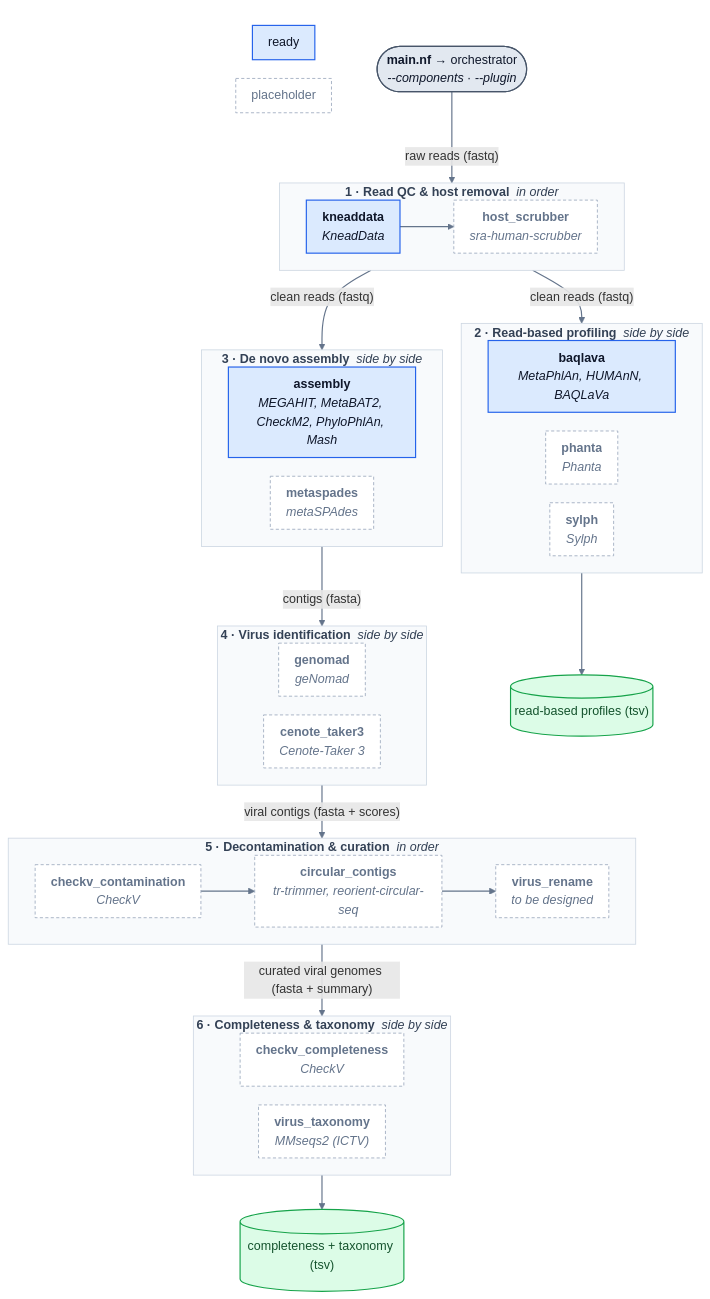
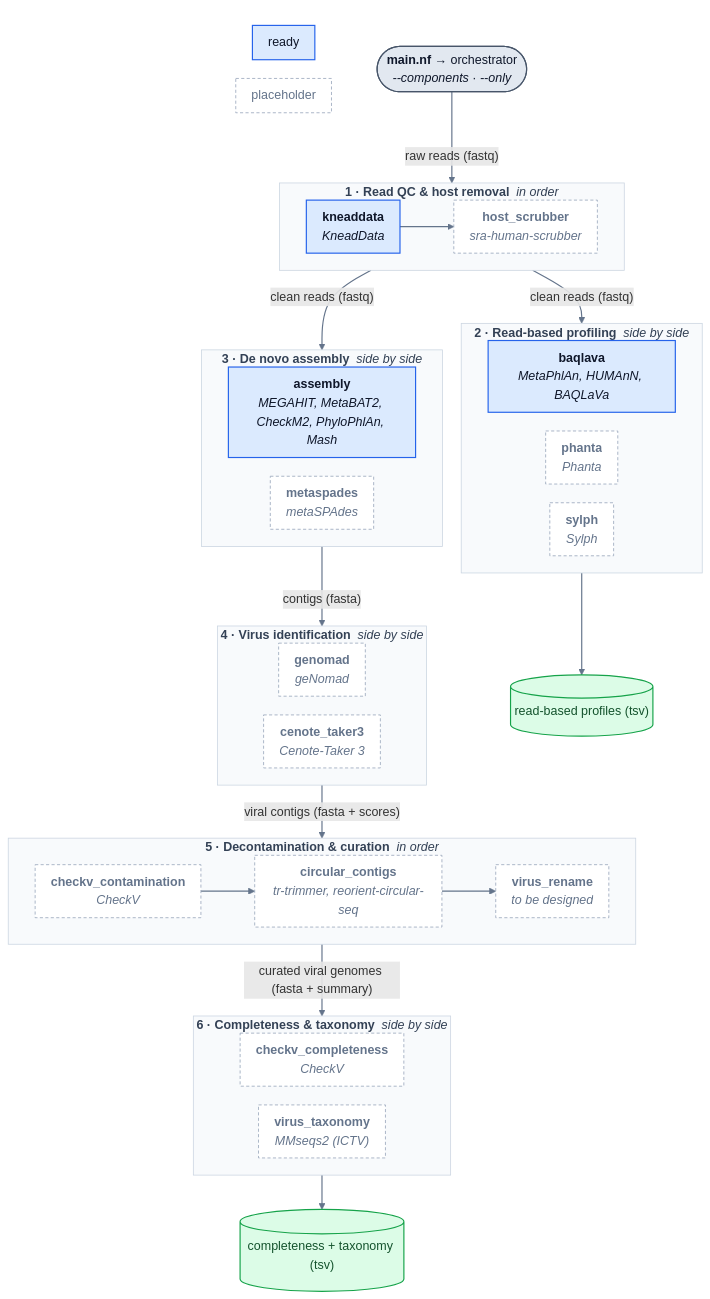
The diagram in README.md (biobakery/HVP-nextflow), drawn with Mermaid before and after one commit. The commit also changed other lines of this file and 37 other files, not shown here.

````diff
--- a/README.md
+++ b/README.md
@@ -17,70 +17,70 @@
 ```mermaid
 %%{init: {"flowchart": {"curve": "basis", "nodeSpacing": 24, "rankSpacing": 44, "padding": 10}}}%%
 flowchart TB
-    entry(["<b>main.nf</b> → orchestrator<br/><i>--components</i> · <i>--plugin</i>"])
+    entry(["<b>main.nf</b> → orchestrator<br/><i>--components</i> · <i>--only</i>"])
     subgraph st_preprocess["<b>1 · Read QC & host removal</b> &nbsp;<i>in order</i>"]
         direction LR
         kneaddata["<b>kneaddata</b><br/><i>KneadData</i>"]
         host_scrubber["<b>host_scrubber</b><br/><i>sra-human-scrubber</i>"]
         kneaddata --> host_scrubber
     end
     subgraph st_read_profiling["<b>2 · Read-based profiling</b> &nbsp;<i>side by side</i>"]
         direction LR
         baqlava["<b>baqlava</b><br/><i>MetaPhlAn, HUMAnN, BAQLaVa</i>"]
         phanta["<b>phanta</b><br/><i>Phanta</i>"]
         sylph["<b>sylph</b><br/><i>Sylph</i>"]
     end
     subgraph st_assembly["<b>3 · De novo assembly</b> &nbsp;<i>side by side</i>"]
         direction LR
         assembly["<b>assembly</b><br/><i>MEGAHIT, MetaBAT2, CheckM2, PhyloPhlAn, Mash</i>"]
         metaspades["<b>metaspades</b><br/><i>metaSPAdes</i>"]
     end
     subgraph st_virus_identification["<b>4 · Virus identification</b> &nbsp;<i>side by side</i>"]
         direction LR
         genomad["<b>genomad</b><br/><i>geNomad</i>"]
         cenote_taker3["<b>cenote_taker3</b><br/><i>Cenote-Taker 3</i>"]
     end
     subgraph st_virus_curation["<b>5 · Decontamination & curation</b> &nbsp;<i>in order</i>"]
         direction LR
         checkv_contamination["<b>checkv_contamination</b><br/><i>CheckV</i>"]
         circular_contigs["<b>circular_contigs</b><br/><i>tr-trimmer, reorient-circular-seq</i>"]
         virus_rename["<b>virus_rename</b><br/><i>to be designed</i>"]
         checkv_contamination --> circular_contigs
         circular_contigs --> virus_rename
     end
     subgraph st_characterisation["<b>6 · Completeness & taxonomy</b> &nbsp;<i>side by side</i>"]
         direction LR
         checkv_completeness["<b>checkv_completeness</b><br/><i>CheckV</i>"]
         virus_taxonomy["<b>virus_taxonomy</b><br/><i>MMseqs2 (ICTV)</i>"]
     end
     entry -- "raw reads (fastq)" --> st_preprocess
     st_preprocess -- "clean reads (fastq)" --> st_read_profiling
     st_preprocess -- "clean reads (fastq)" --> st_assembly
     st_assembly -- "contigs (fasta)" --> st_virus_identification
     st_virus_identification -- "viral contigs (fasta + scores)" --> st_virus_curation
     st_virus_curation -- "curated viral genomes (fasta + summary)" --> st_characterisation
     st_read_profiling --> out_read_profiles[("read-based profiles (tsv)")]
     st_characterisation --> out_annotations[("completeness + taxonomy (tsv)")]
     subgraph legend[" "]
         direction LR
         l_ready["ready"]
         l_skel["placeholder"]
     end
 
     classDef ready fill:#dbeafe,stroke:#2563eb,stroke-width:1.5px,color:#0f172a
     classDef skeleton fill:#ffffff,stroke:#94a3b8,stroke-width:1px,stroke-dasharray:4 3,color:#64748b
     classDef entry fill:#e2e8f0,stroke:#475569,stroke-width:1.5px,color:#0f172a
     classDef output fill:#dcfce7,stroke:#16a34a,stroke-width:1.5px,color:#14532d
     class kneaddata,baqlava,assembly,l_ready ready
     class host_scrubber,phanta,sylph,metaspades,genomad,cenote_taker3,checkv_contamination,circular_contigs,virus_rename,checkv_completeness,virus_taxonomy,l_skel skeleton
     class entry entry
     class out_read_profiles,out_annotations output
     style st_preprocess fill:#f8fafc,stroke:#cbd5e1,stroke-width:1px,color:#334155
     style st_read_profiling fill:#f8fafc,stroke:#cbd5e1,stroke-width:1px,color:#334155
     style st_assembly fill:#f8fafc,stroke:#cbd5e1,stroke-width:1px,color:#334155
     style st_virus_identification fill:#f8fafc,stroke:#cbd5e1,stroke-width:1px,color:#334155
     style st_virus_curation fill:#f8fafc,stroke:#cbd5e1,stroke-width:1px,color:#334155
     style st_characterisation fill:#f8fafc,stroke:#cbd5e1,stroke-width:1px,color:#334155
     style legend fill:none,stroke:none
     linkStyle default stroke:#64748b,stroke-width:1.5px
 ```
````
